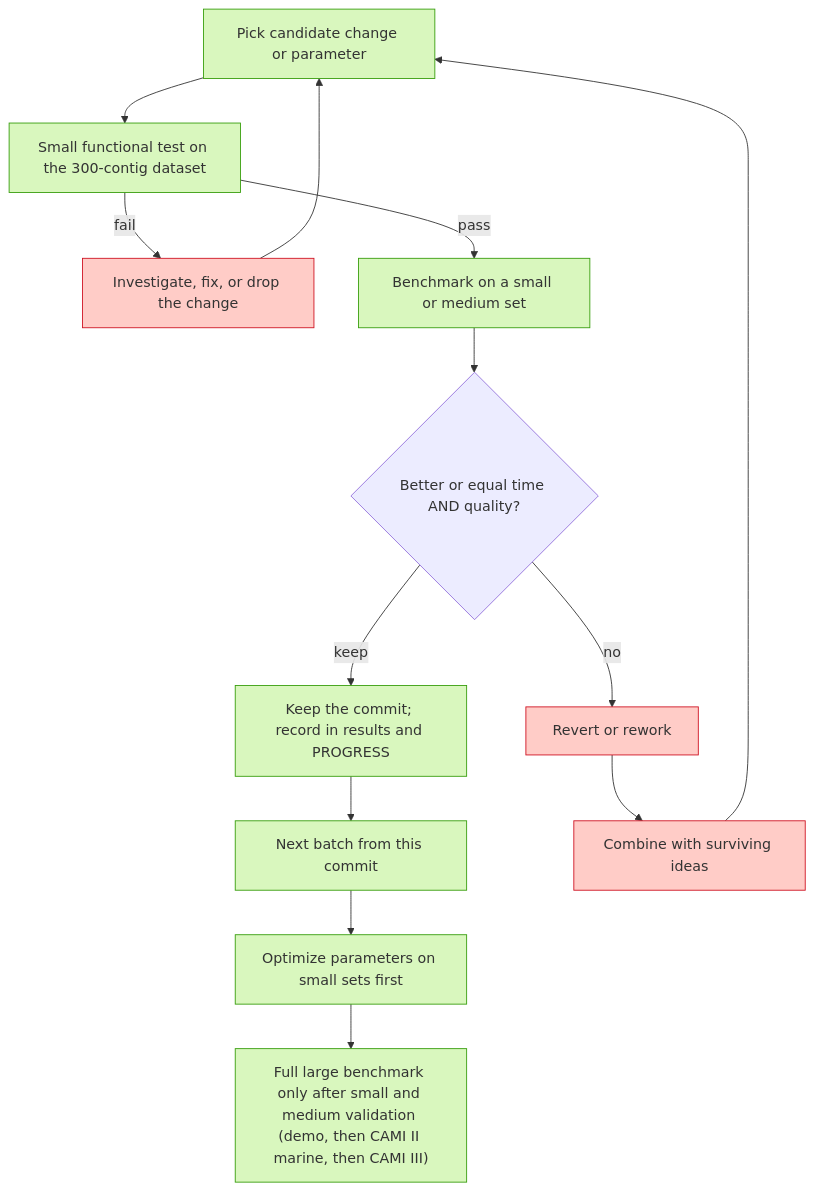
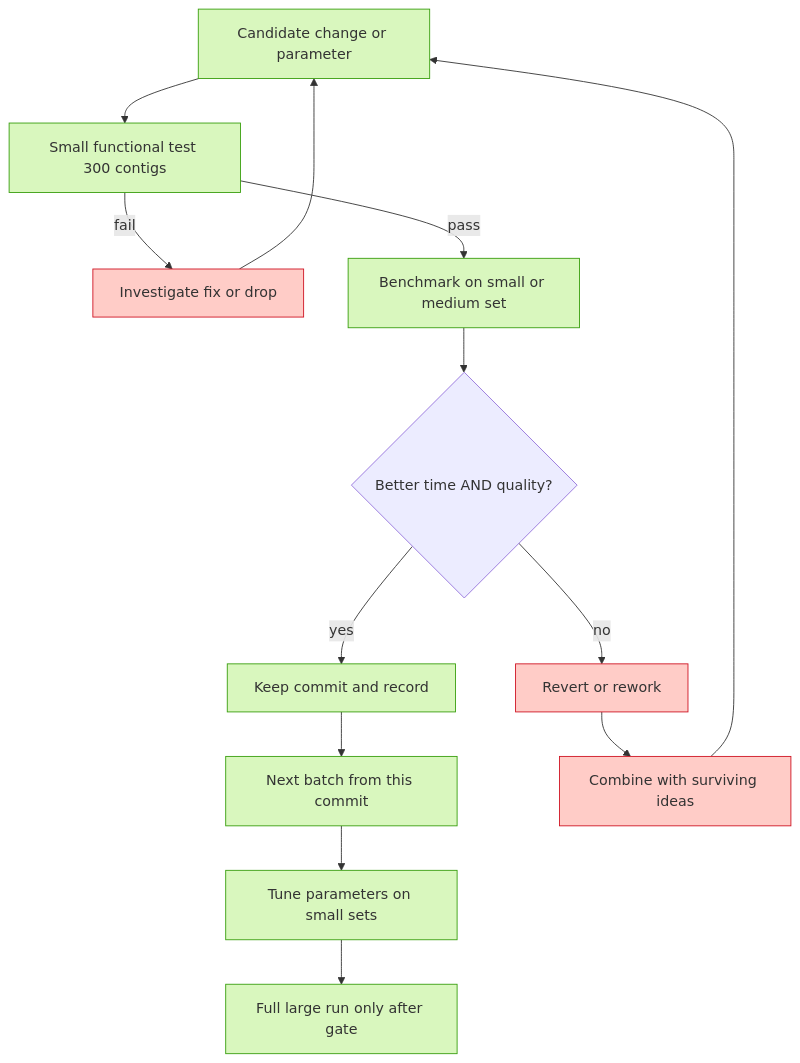
The diagram in README.md (paulzierep/metagenomic-binning-benchmark), drawn with Mermaid before and after one commit. The commit also changed other lines of this file and 7 other files, not shown here.

````diff
--- a/README.md
+++ b/README.md
@@ -36,19 +36,19 @@
 ```mermaid
 flowchart TD
-    A["Pick candidate change or parameter"] --> B["Small functional test on the 300-contig dataset"]
-    B -->|fail| G["Investigate, fix, or drop the change"]
+    A["Candidate change or parameter"] --> B["Small functional test 300 contigs"]
+    B -->|fail| G["Investigate fix or drop"]
     G --> A
-    B -->|pass| C["Benchmark on a small or medium set"]
-    C --> D{"Better or equal time AND quality?"}
-    D -->|keep| E["Keep the commit; record in results and PROGRESS"]
+    B -->|pass| C["Benchmark on small or medium set"]
+    C --> D{"Better time AND quality?"}
+    D -->|yes| E["Keep commit and record"]
     E --> F["Next batch from this commit"]
     D -->|no| H["Revert or rework"]
     H --> I["Combine with surviving ideas"]
     I --> A
-    F --> J["Optimize parameters on small sets first"]
-    J --> K["Full large benchmark only after small and medium validation (demo, then CAMI II marine, then CAMI III)"]
+    F --> J["Tune parameters on small sets"]
+    J --> K["Full large run only after gate"]
     classDef keep fill:#d9f7be,stroke:#389e0d;
     classDef drop fill:#ffccc7,stroke:#cf1322;
     class A,B,C,E,F,J,K keep;
     class G,H,I drop;
 ```
````
